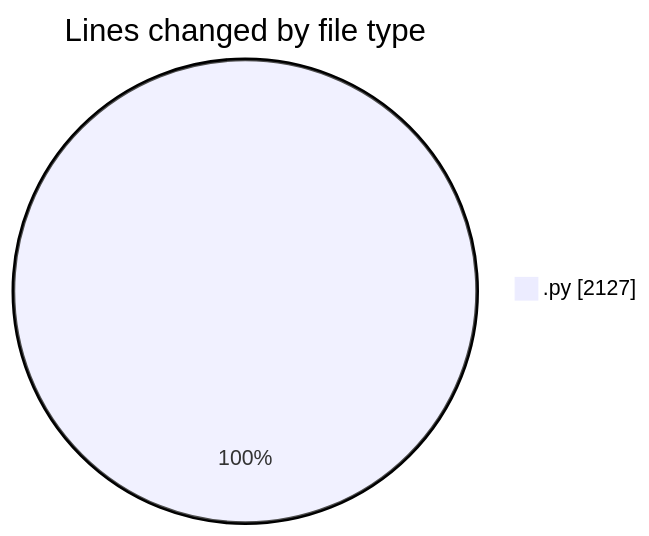
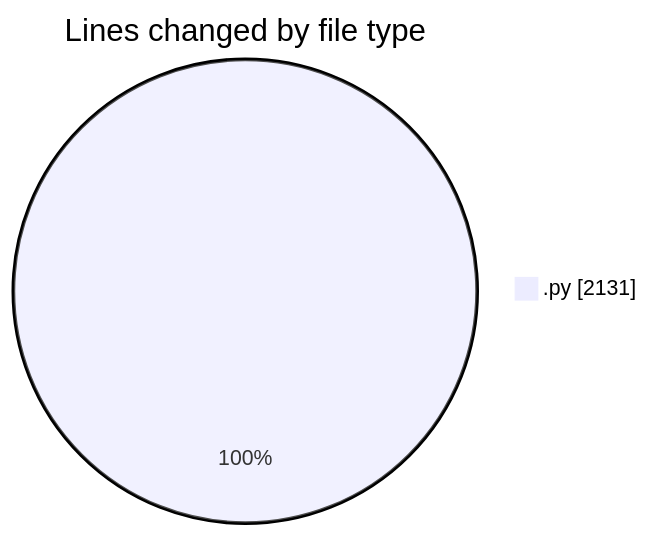
Before and after one commit to MatusMokan/code-tracking: the first of 2 diagrams in 2025-04-19/myws__workspace_/README.md, drawn with Mermaid. The commit also changed other lines of this file and 1 other file, not shown here.

````diff
--- a/2025-04-19/myws__workspace_/README.md
+++ b/2025-04-19/myws__workspace_/README.md
@@ -24,5 +24,5 @@
 ```mermaid
 pie showData
 title Lines changed by file type
-".py" : 2127
+".py" : 2131
 ```
````
